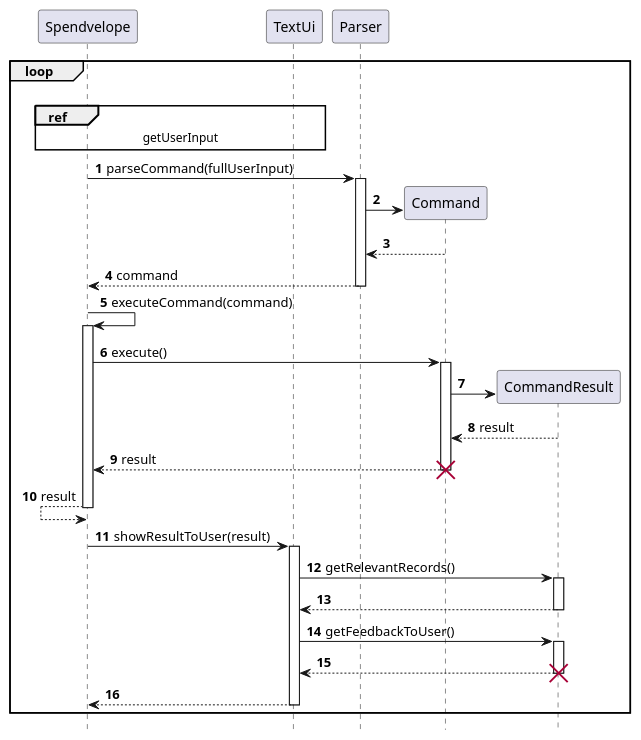
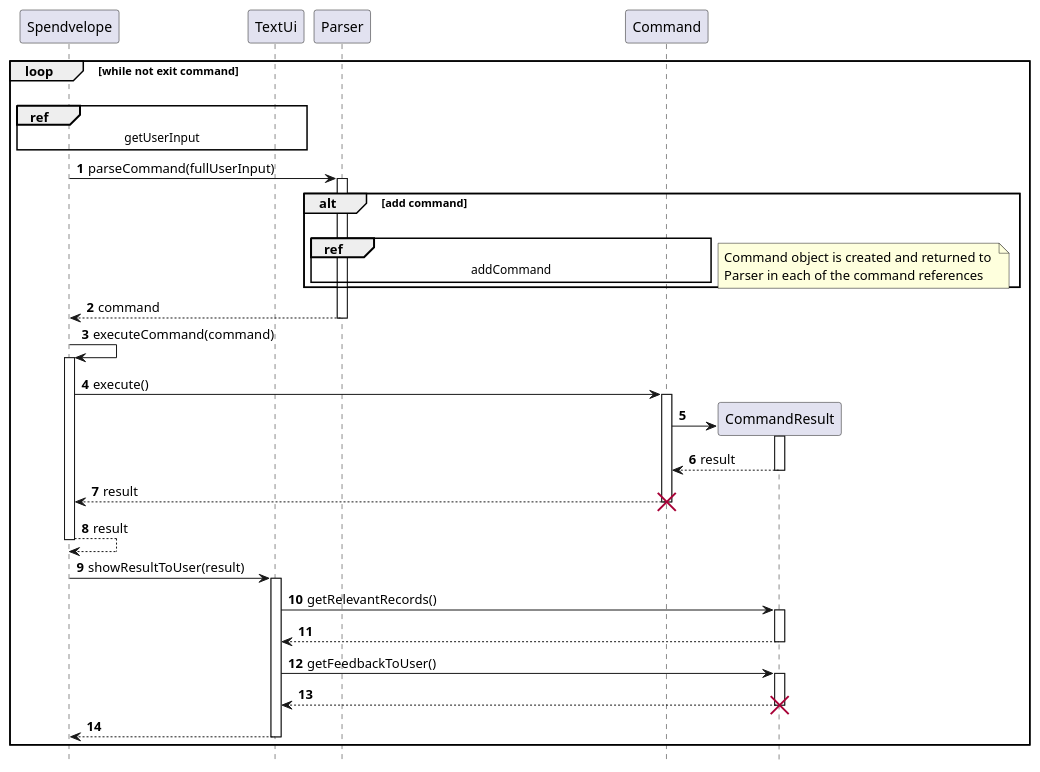
The diagram in docs/sequenceDiagrams/Spendvelope.puml (nus-cs2113-AY2122S2/tp), drawn with PlantUML before and after one commit. The commit also changed 4 other files, not shown here.

Commit message:
Add addCommand sequence diagram

```diff
--- a/docs/sequenceDiagrams/Spendvelope.puml
+++ b/docs/sequenceDiagrams/Spendvelope.puml
@@ -1,34 +1,38 @@
 @startuml
 'https://plantuml.com/sequence-diagram
 
 hide footbox
 autonumber
 autoactivate on
 
-loop
+loop while not exit command
 |||
 ref over Spendvelope, TextUi: getUserInput
 
 Spendvelope -> Parser: parseCommand(fullUserInput)
-Parser -> Command**:
-Parser <-- Command
+alt add command
+    |||
+    ref over Parser, Command: addCommand
+    note right: Command object is created and returned to \nParser in each of the command references
+end
 Spendvelope <-- Parser: command
 
 Spendvelope -> Spendvelope: executeCommand(command)
 Spendvelope -> Command: execute()
 Command -> CommandResult**
+Activate CommandResult
 Command <-- CommandResult:result
 Spendvelope <-- Command: result
 destroy Command
-Spendvelope <-- Spendvelope: result
+Spendvelope --> Spendvelope: result
 
 Spendvelope -> TextUi: showResultToUser(result)
 TextUi -> CommandResult: getRelevantRecords()
 TextUi <-- CommandResult
 TextUi -> CommandResult: getFeedbackToUser()
 TextUi <-- CommandResult
 destroy CommandResult
 Spendvelope <-- TextUi
 end
 
 @enduml
```
